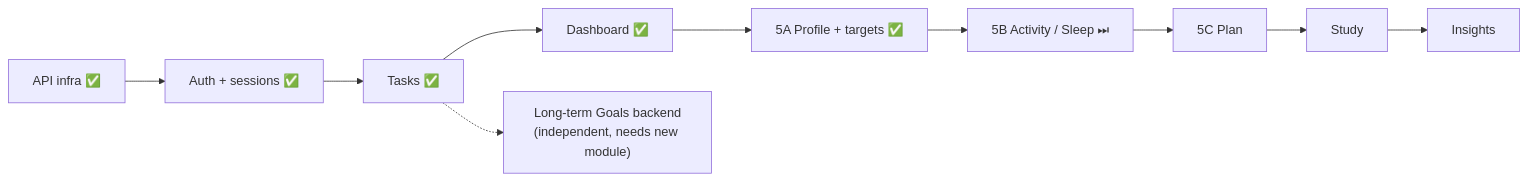
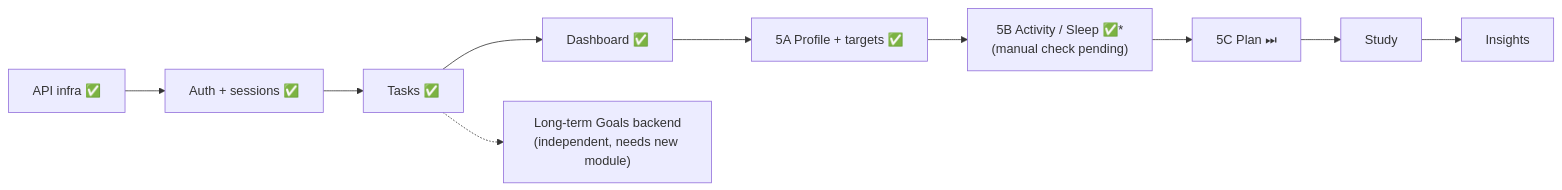
One commit to Gaoher-1207/omnia changed the diagram in docs/omnia-vault/Decisions/Mock First API Migration.md. Above: the diagram before and after it, drawn with Mermaid. The commit also changed 33 other files, not shown here.

Commit message:
Integrate activity and sleep logging

````diff
--- a/docs/omnia-vault/Decisions/Mock First API Migration.md
+++ b/docs/omnia-vault/Decisions/Mock First API Migration.md
@@ -34,5 +34,5 @@
 ```mermaid
 flowchart LR
-    P1["API infra ✅"] --> P2["Auth + sessions ✅"] --> P3["Tasks ✅"] --> P4["Dashboard ✅"] --> P5["5A Profile + targets ✅"] --> P5B["5B Activity / Sleep ⏭"] --> P5C["5C Plan"] --> P6["Study"] --> P9["Insights"]
+    P1["API infra ✅"] --> P2["Auth + sessions ✅"] --> P3["Tasks ✅"] --> P4["Dashboard ✅"] --> P5["5A Profile + targets ✅"] --> P5B["5B Activity / Sleep ✅*<br/>(manual check pending)"] --> P5C["5C Plan ⏭"] --> P6["Study"] --> P9["Insights"]
     P3 -.-> PX["Long-term Goals backend<br/>(independent, needs new module)"]
 ```
````
